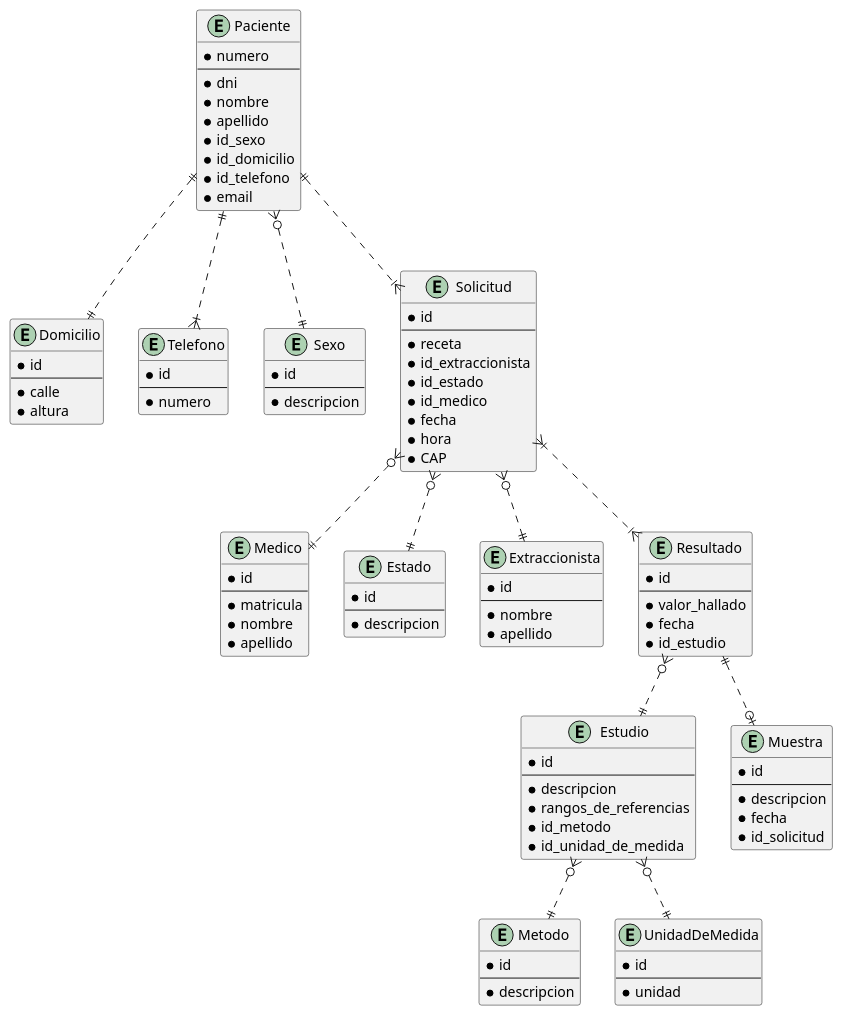
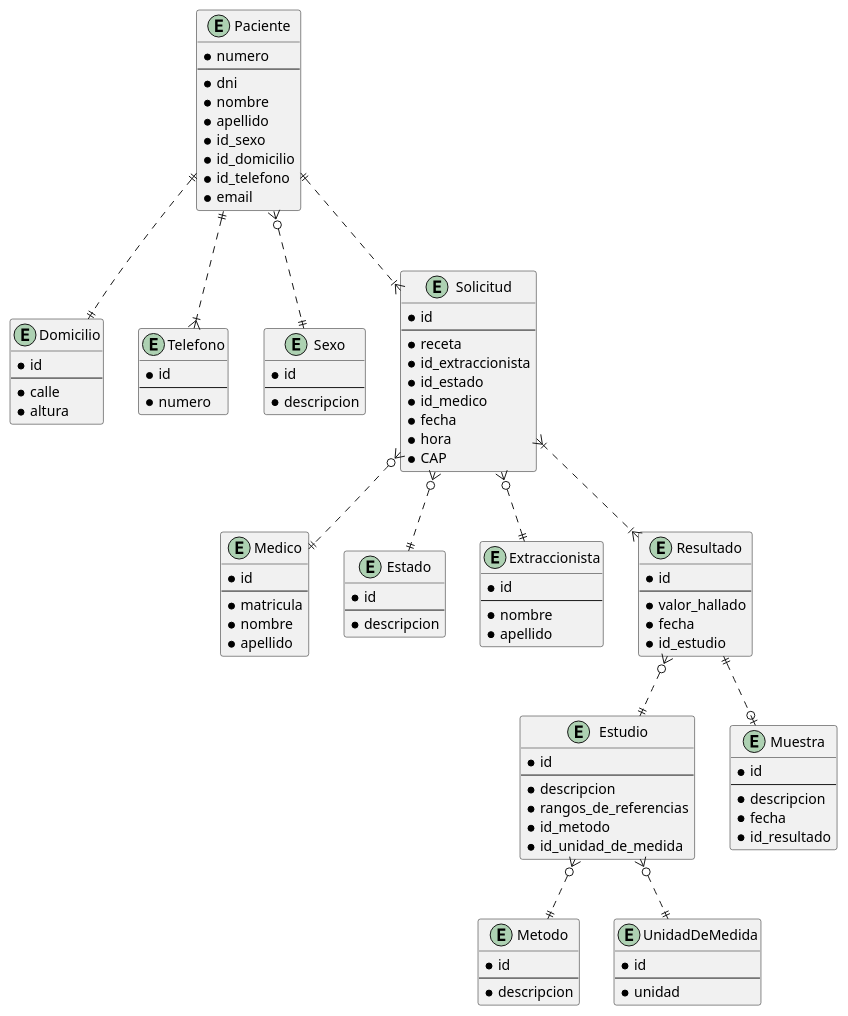
Before and after one commit to MateMar04/Biomedica: the diagram in Diagrams/BIOMEDICA.wsd, drawn with PlantUML. The commit also changed 1 other file, not shown here.

```diff
--- a/Diagrams/BIOMEDICA.wsd
+++ b/Diagrams/BIOMEDICA.wsd
@@ -1,116 +1,116 @@
 @startuml BIOMEDICA
 entity Medico {
     * id
     --
     * matricula
     * nombre
     * apellido
 }
 
 entity Domicilio {
     * id
     --
     * calle
     * altura
 }
 
 entity Telefono {
     * id
     --
     * numero
 }
 
 entity Sexo {
     * id
     --
     * descripcion
 }
 
 entity Paciente {
     * numero
     --
     * dni
     * nombre
     * apellido
     * id_sexo
     * id_domicilio
     * id_telefono
     * email
 }
 
 entity Estado {
     * id
     --
     * descripcion
 }
 
 entity Estudio {
     * id
     --
     * descripcion
     * rangos_de_referencias
     * id_metodo
     * id_unidad_de_medida
 }
 
 entity Solicitud {
     * id
     --
     * receta
     * id_extraccionista
     * id_estado
     * id_medico
     * fecha
     * hora
     * CAP
 }
 
 entity Extraccionista {
     * id
     --
     * nombre
     * apellido
 }
 
 entity Muestra {
     * id
     --
     * descripcion
     * fecha
-    * id_solicitud
+    * id_resultado
 }
 
 entity Metodo {
     * id
     --
     * descripcion
 }
 
 entity Resultado {
     * id
     --
     * valor_hallado
     * fecha
     * id_estudio
 }
 
 entity UnidadDeMedida {
     * id
     --
     * unidad
 }
 
 Paciente ||..|| Domicilio
 Paciente ||..|{ Telefono
 Paciente }o..|| Sexo
 Paciente ||..|{ Solicitud
 Solicitud }o..|| Medico
 Solicitud }o..|| Estado
 Resultado ||..o| Muestra
 Solicitud }o..|| Extraccionista
 Estudio }o..|| Metodo
 Solicitud }|..|{ Resultado
 Estudio }o..|| UnidadDeMedida
 Resultado }o..|| Estudio
 
 @enduml
```
